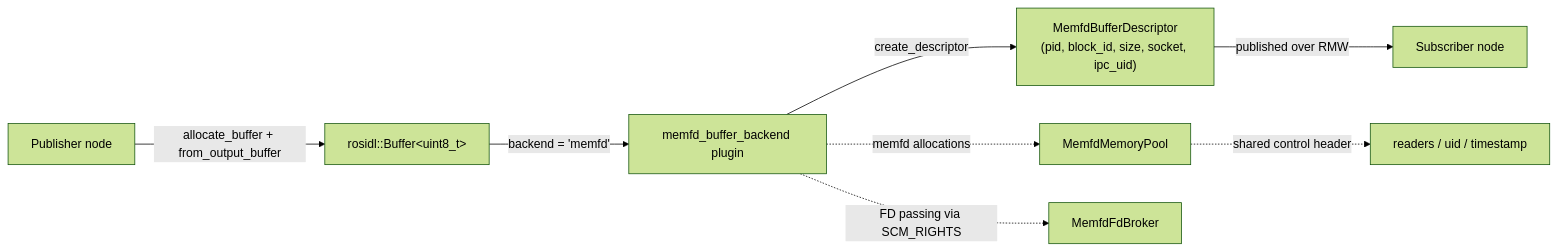
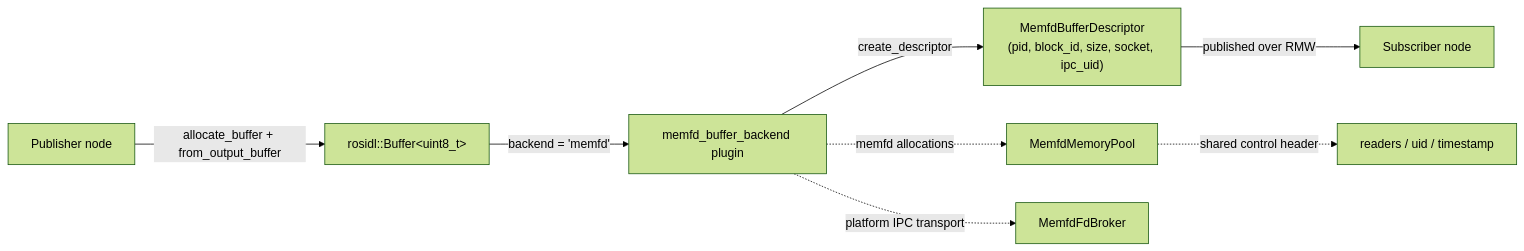
The first of 5 diagrams in docs/memfd_buffer_backend_design.md (dskkato/memfd_buffer_backend), drawn with Mermaid (forest theme) before and after one commit. The commit also changed other lines of this file and 31 other files, not shown here.

Commit message:
Add Windows support and refactor memfd platform

````diff
--- a/docs/memfd_buffer_backend_design.md
+++ b/docs/memfd_buffer_backend_design.md
@@ -31,14 +30,14 @@
 ```mermaid
 flowchart LR
   Pub["Publisher node"]
   Sub["Subscriber node"]
 
   Pub -->|"allocate_buffer + from_output_buffer"| Buffer["rosidl::Buffer&lt;uint8_t&gt;"]
   Buffer -->|"backend = 'memfd'"| Plugin[memfd_buffer_backend plugin]
   Plugin -->|"create_descriptor"| Descriptor["MemfdBufferDescriptor<br/>(pid, block_id, size, socket, ipc_uid)"]
   Descriptor -->|"published over RMW"| Sub
 
   Plugin -.->|"memfd allocations"| Pool[MemfdMemoryPool]
-  Plugin -.->|"FD passing via SCM_RIGHTS"| Broker[MemfdFdBroker]
+  Plugin -.->|"platform IPC transport"| Broker[MemfdFdBroker]
   Pool -.->|"shared control header"| Control["readers / uid / timestamp"]
 ```
````
